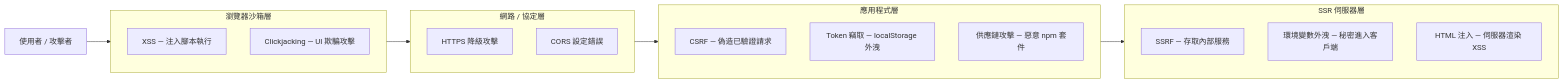
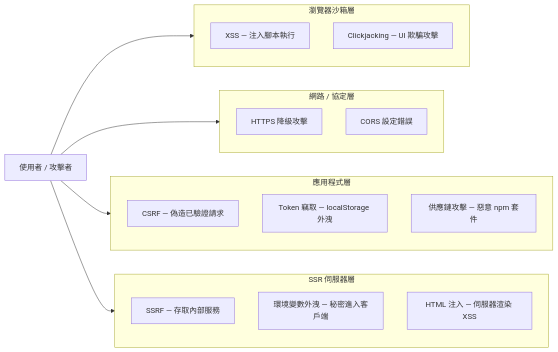
Before and after one commit to alivedise/frontend-engineering-essentials: the diagram in docs/zh-tw/Security/1200.md, drawn with Mermaid. The commit also changed other lines of this file and 1 other file, not shown here.

Commit message:
docs(fee): fix FEE-1200 quality issues

````diff
--- a/docs/zh-tw/Security/1200.md
+++ b/docs/zh-tw/Security/1200.md
@@ -22,31 +22,31 @@
 ```mermaid
 flowchart LR
     A["使用者 / 攻擊者"]
 
     subgraph B ["瀏覽器沙箱層"]
         B1["XSS — 注入腳本執行"]
         B2["Clickjacking — UI 欺騙攻擊"]
     end
 
     subgraph C ["網路 / 協定層"]
         C1["HTTPS 降級攻擊"]
         C2["CORS 設定錯誤"]
     end
 
     subgraph D ["應用程式層"]
         D1["CSRF — 偽造已驗證請求"]
         D2["Token 竊取 — localStorage 外洩"]
         D3["供應鏈攻擊 — 惡意 npm 套件"]
     end
 
     subgraph E ["SSR 伺服器層"]
         E1["SSRF — 存取內部服務"]
         E2["環境變數外洩 — 秘密進入客戶端"]
         E3["HTML 注入 — 伺服器渲染 XSS"]
     end
 
     A --> B
-    B --> C
-    C --> D
-    D --> E
+    A --> C
+    A --> D
+    A --> E
 ```
````
